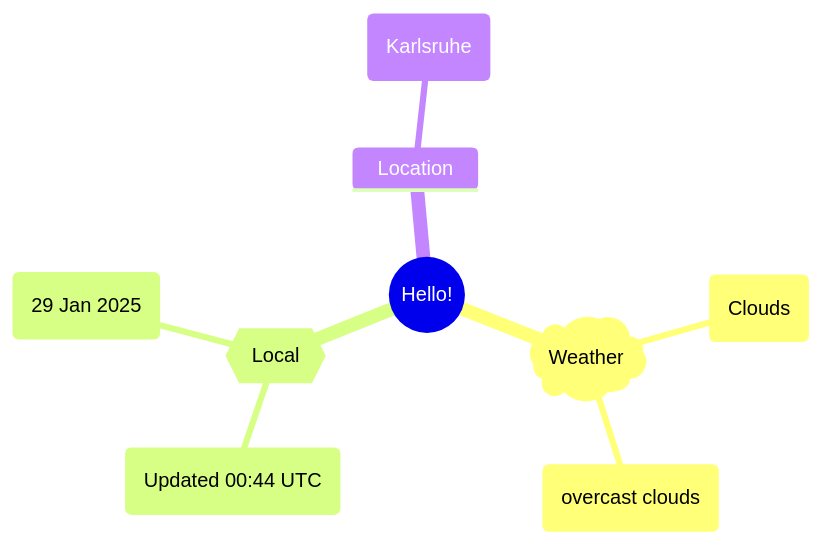
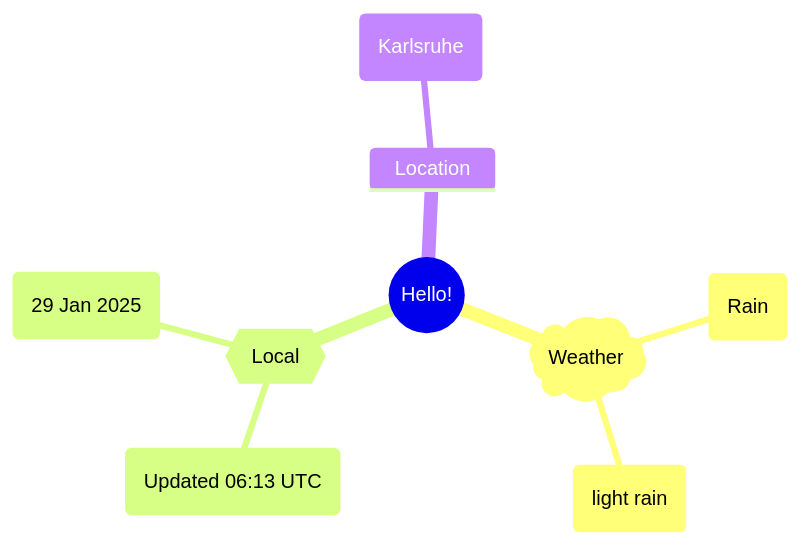
One commit to Xosrov/Xosrov changed the first of 2 diagrams in README.md. Above: the diagram before and after it, drawn with Mermaid.

Commit message:
[bot] updated images

````diff
--- a/README.md
+++ b/README.md
@@ -3,12 +3,12 @@
 ```mermaid
 mindmap
   root((Hello!))
     )Weather(
-        (Clouds)
-        (overcast clouds)
+        (Rain)
+        (light rain)
     {{Local}}
-        (Updated 00:44 UTC)
+        (Updated 06:13 UTC)
         (29 Jan 2025)
     Location
         (Karlsruhe)
 ```
````
